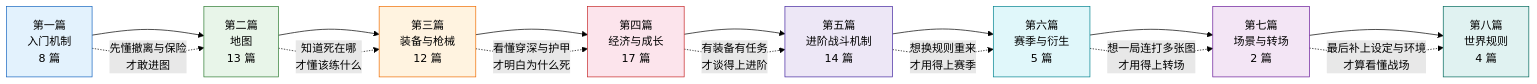
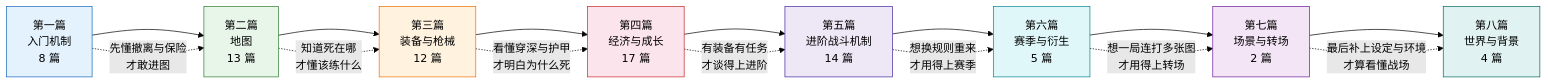
Before and after one commit to GTX950L/tarkov-encyclopedia: the diagram in content/README.md, drawn with Mermaid (forest theme). The commit also changed other lines of this file and 4 other files, not shown here.

First line of the commit message:
chore(nav): 第八篇「世界规则」改名「世界与背景」（分类审查 P2）

````diff
--- a/content/README.md
+++ b/content/README.md
@@ -16,27 +16,27 @@
 ```mermaid
 flowchart LR
     A[第一篇<br/>入门机制<br/>8 篇] --> B[第二篇<br/>地图<br/>13 篇]
     B --> C[第三篇<br/>装备与枪械<br/>12 篇]
     C --> D[第四篇<br/>经济与成长<br/>17 篇]
     D --> E[第五篇<br/>进阶战斗机制<br/>14 篇]
     E --> F[第六篇<br/>赛季与衍生<br/>5 篇]
     F --> G[第七篇<br/>场景与转场<br/>2 篇]
-    G --> H[第八篇<br/>世界规则<br/>4 篇]
+    G --> H[第八篇<br/>世界与背景<br/>4 篇]
 
     A -. 先懂撤离与保险<br/>才敢进图 .-> B
     B -. 知道死在哪<br/>才懂该练什么 .-> C
     C -. 看懂穿深与护甲<br/>才明白为什么死 .-> D
     D -. 有装备有任务<br/>才谈得上进阶 .-> E
     E -. 想换规则重来<br/>才用得上赛季 .-> F
     F -. 想一局连打多张图<br/>才用得上转场 .-> G
     G -. 最后补上设定与环境<br/>才算看懂战场 .-> H
 
     style A fill:#e3f2fd,stroke:#1565c0
     style B fill:#e8f5e9,stroke:#2e7d32
     style C fill:#fff3e0,stroke:#ef6c00
     style D fill:#fce4ec,stroke:#c62828
     style E fill:#ede7f6,stroke:#4527a0
     style F fill:#e0f7fa,stroke:#00838f
     style G fill:#f3e5f5,stroke:#6a1b9a
     style H fill:#e0f2f1,stroke:#00695c
 ```
````
